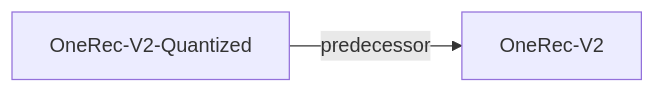
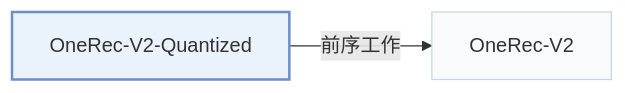
The second of 2 diagrams in pages/zh/papers/onerec-v2-quantized.md (Galaxy-ghost/Awesome-SID-Generative-Rec), drawn with Mermaid before and after one commit. The commit also changed other lines of this file and 649 other files, not shown here.

Commit message:
writer-05: also tags and modality index (schema, check, build, visuals); summary field removed; calibration data for 12 papers

````diff
--- a/pages/zh/papers/onerec-v2-quantized.md
+++ b/pages/zh/papers/onerec-v2-quantized.md
@@ -66,5 +74,9 @@
 ```mermaid
 flowchart LR
     P["OneRec-V2-Quantized"]
-    P -->|predecessor| A["OneRec-V2"]
+    P -->|"前序工作"| A["OneRec-V2"]
+    classDef main fill:#eaf2fb,stroke:#6b8fc7,stroke-width:2px
+    classDef peer fill:#f8fafc,stroke:#cbd5e1
+    class P main
+    class A peer
 ```
````
